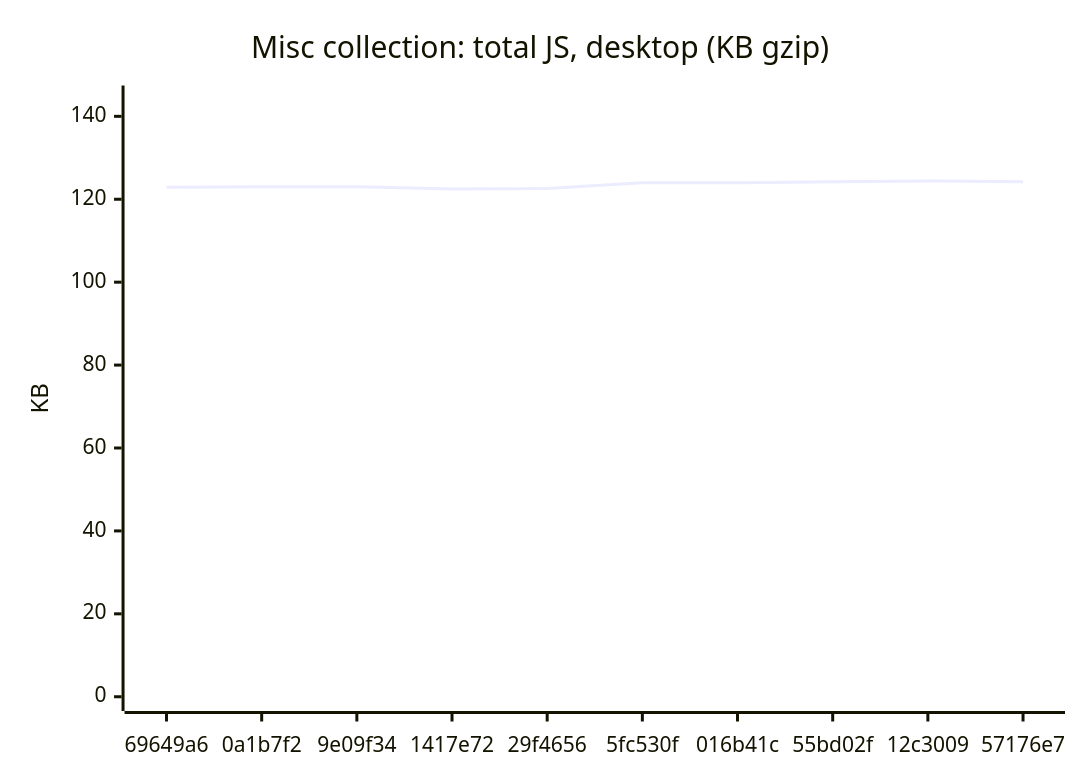
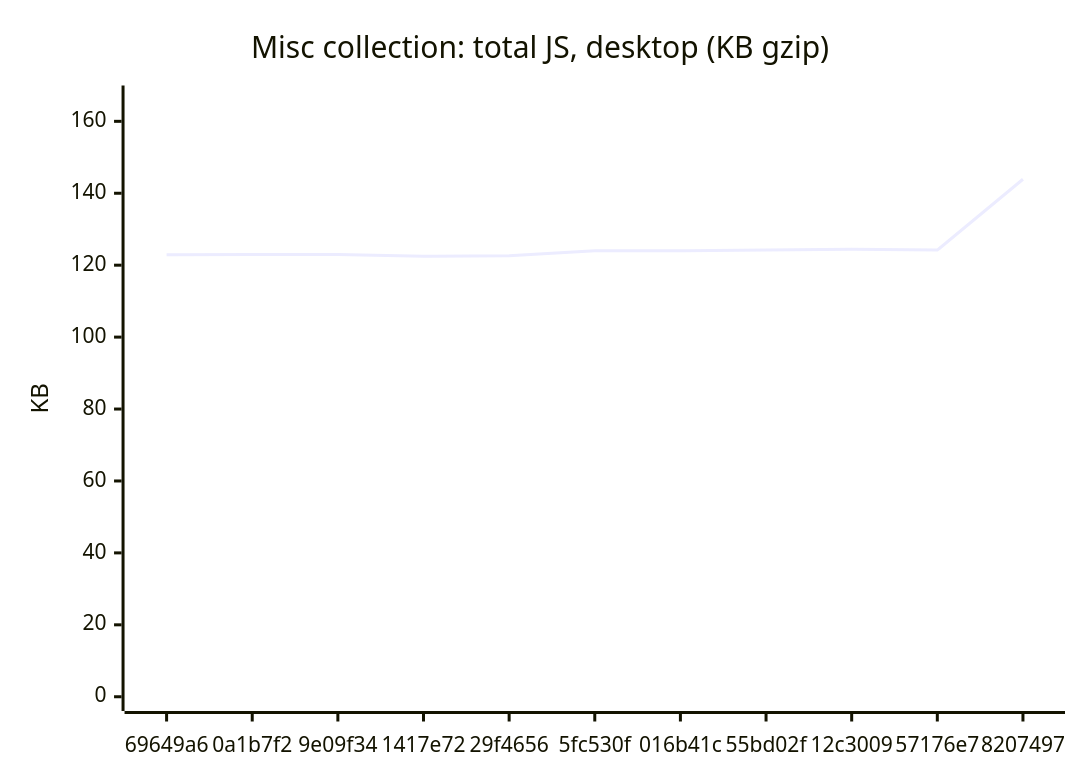
The ninth of 18 diagrams in README.md (AxelUser/maltsev.space), drawn with Mermaid before and after one commit. The commit also changed other lines of this file and 1 other file, not shown here.

````diff
--- a/README.md
+++ b/README.md
@@ -107,7 +107,7 @@
 ```mermaid
 xychart-beta
   title "Misc collection: total JS, desktop (KB gzip)"
-  x-axis ["69649a6", "0a1b7f2", "9e09f34", "1417e72", "29f4656", "5fc530f", "016b41c", "55bd02f", "12c3009", "57176e7"]
-  y-axis "KB" 0 --> 144
-  line [122.9, 123, 123, 122.5, 122.6, 124, 124, 124.2, 124.4, 124.2]
+  x-axis ["69649a6", "0a1b7f2", "9e09f34", "1417e72", "29f4656", "5fc530f", "016b41c", "55bd02f", "12c3009", "57176e7", "8207497"]
+  y-axis "KB" 0 --> 166
+  line [122.9, 123, 123, 122.5, 122.6, 124, 124, 124.2, 124.4, 124.2, 143.9]
 ```
````
